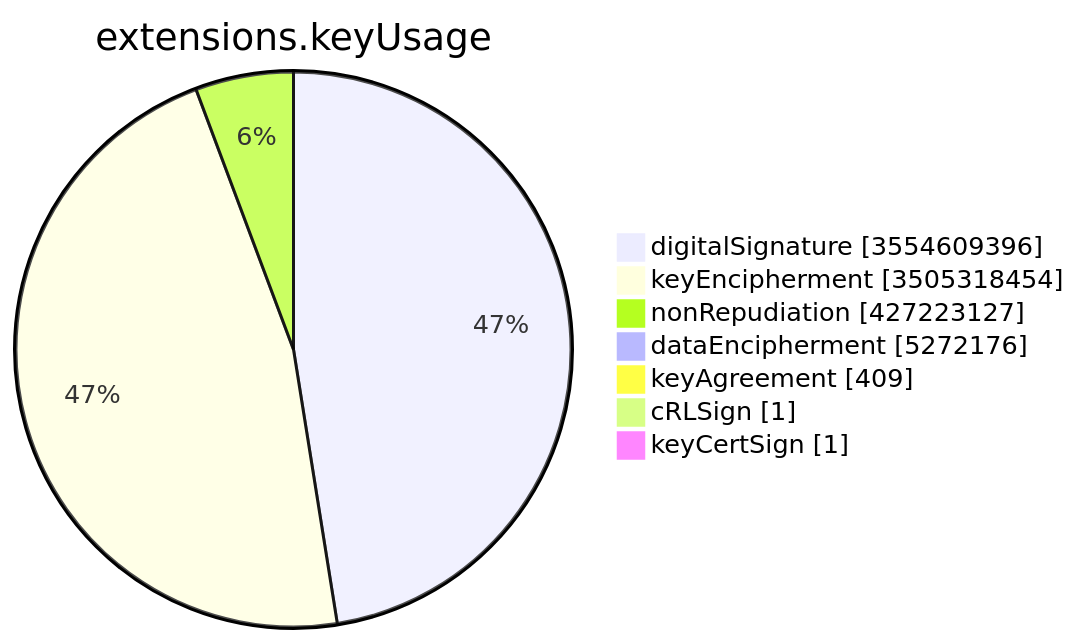
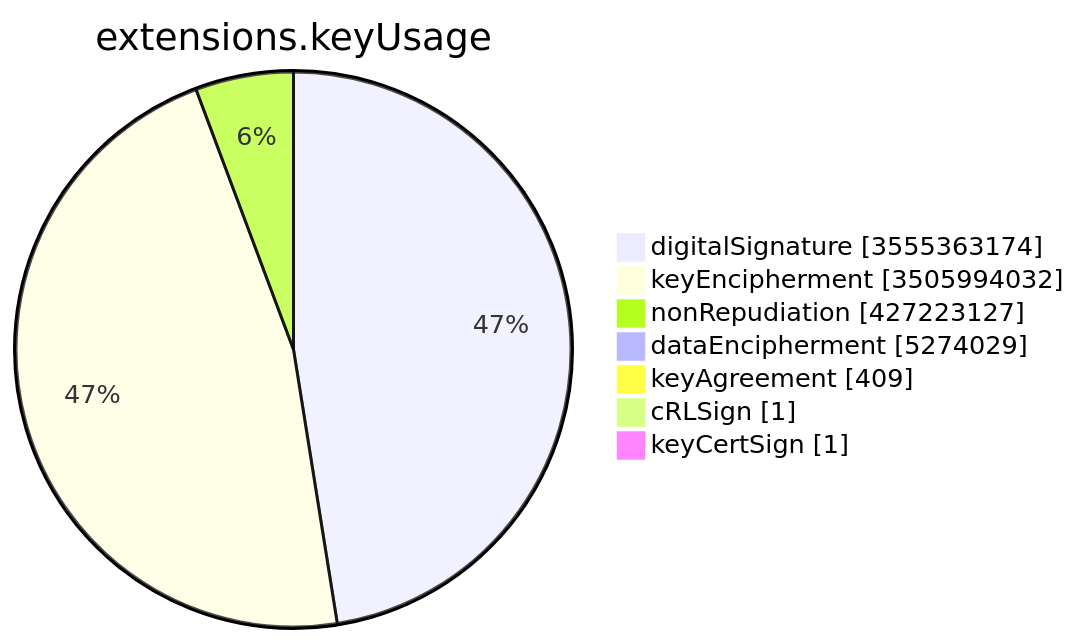
The sixth of 15 diagrams in TOTAL/README.md (christiankrug/ctmonitor_visualization), drawn with Mermaid before and after one commit. The commit also changed other lines of this file, not shown here.

````diff
--- a/TOTAL/README.md
+++ b/TOTAL/README.md
@@ -3083,11 +3083,11 @@
 ```mermaid
 pie showData
 title extensions.keyUsage
-"digitalSignature" :3554609396
-"keyEncipherment" :3505318454
+"digitalSignature" :3555363174
+"keyEncipherment" :3505994032
 "nonRepudiation" :427223127
-"dataEncipherment" :5272176
+"dataEncipherment" :5274029
 "keyAgreement" :409
 "cRLSign" :1
 "keyCertSign" :1
 ```
````
